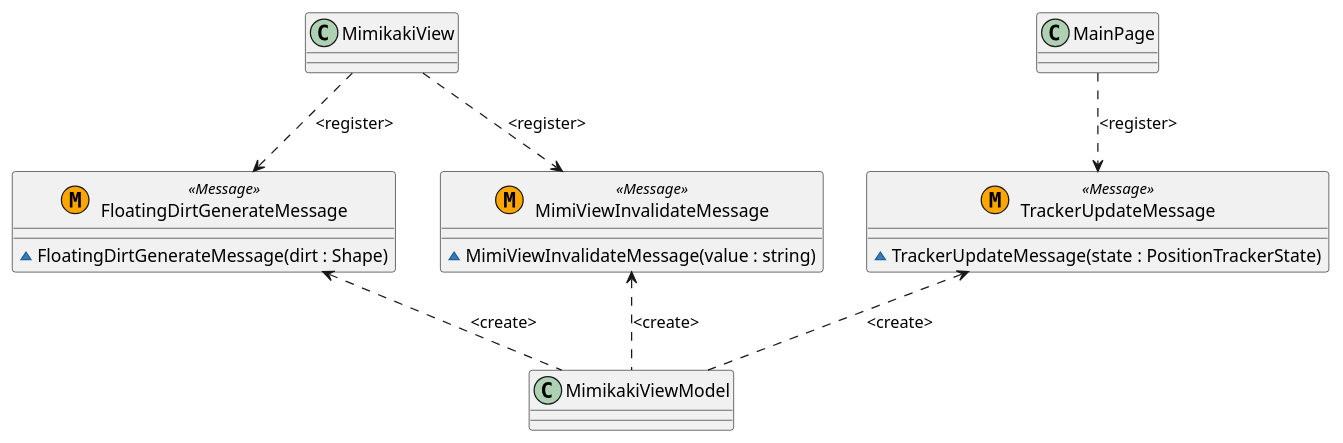
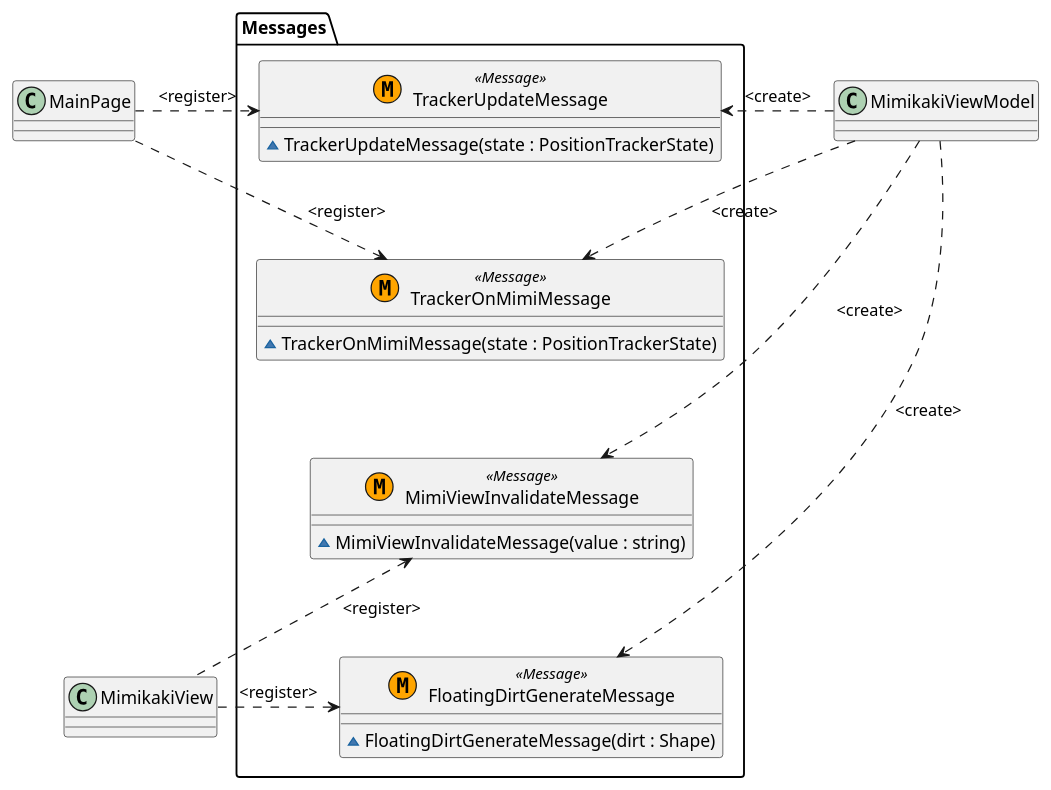
Before and after one commit to tatsuya19871219/MauiMimikakiApp: the second of 2 diagrams in uml/MimikakiApp.puml, drawn with PlantUML. The commit also changed other lines of this file and 1 other file, not shown here.

```diff
--- a/uml/MimikakiApp.puml
+++ b/uml/MimikakiApp.puml
@@ -190,28 +166,44 @@
 @startuml MimikakiMessages
 
 ' Message
-class MimiViewInvalidateMessage <<(M, Orange) Message>>
-{
-    ~ MimiViewInvalidateMessage(value : string)
+namespace Messages{
+
+    class TrackerUpdateMessage <<(M, Orange) Message>>
+    {
+        ~ TrackerUpdateMessage(state : PositionTrackerState)
+    }
+
+    class TrackerOnMimiMessage <<(M, Orange) Message>>
+    {
+        ~ TrackerOnMimiMessage(state : PositionTrackerState)
+    }
+
+    class MimiViewInvalidateMessage <<(M, Orange) Message>>
+    {
+        ~ MimiViewInvalidateMessage(value : string)
+    }
+
+    class FloatingDirtGenerateMessage <<(M, Orange) Message>>
+    {
+        ~ FloatingDirtGenerateMessage(dirt : Shape)
+    }
+
+    ' Force to align vertically
+    TrackerUpdateMessage -[hidden]- TrackerOnMimiMessage
+    TrackerOnMimiMessage -[hidden]- MimiViewInvalidateMessage
+    MimiViewInvalidateMessage -[hidden]- FloatingDirtGenerateMessage
+
 }
 
-class FloatingDirtGenerateMessage <<(M, Orange) Message>>
-{
-    ~ FloatingDirtGenerateMessage(dirt : Shape)
-}
+MainPage .> Messages.TrackerUpdateMessage : <register>
+MainPage .> Messages.TrackerOnMimiMessage : <register>
 
-class TrackerUpdateMessage <<(M, Orange) Message>>
-{
-    ~ TrackerUpdateMessage(state : PositionTrackerState)
-}
+MimikakiView .left.> Messages.MimiViewInvalidateMessage : <register>
+MimikakiView .left.> Messages.FloatingDirtGenerateMessage : <register>
 
-
-MainPage ..> TrackerUpdateMessage : <register>
-MimikakiView ..> MimiViewInvalidateMessage : <register>
-MimikakiView ..> FloatingDirtGenerateMessage : <register>
-
-MimikakiViewModel .up.> TrackerUpdateMessage : <create>
-MimikakiViewModel .up.> MimiViewInvalidateMessage : <create>
-MimikakiViewModel .up.> FloatingDirtGenerateMessage : <create>
+MimikakiViewModel .> Messages.TrackerUpdateMessage : <create>
+MimikakiViewModel .> Messages.TrackerOnMimiMessage : <create>
+MimikakiViewModel .> Messages.MimiViewInvalidateMessage : <create>
+MimikakiViewModel .> Messages.FloatingDirtGenerateMessage : <create>
 
 @enduml
```
